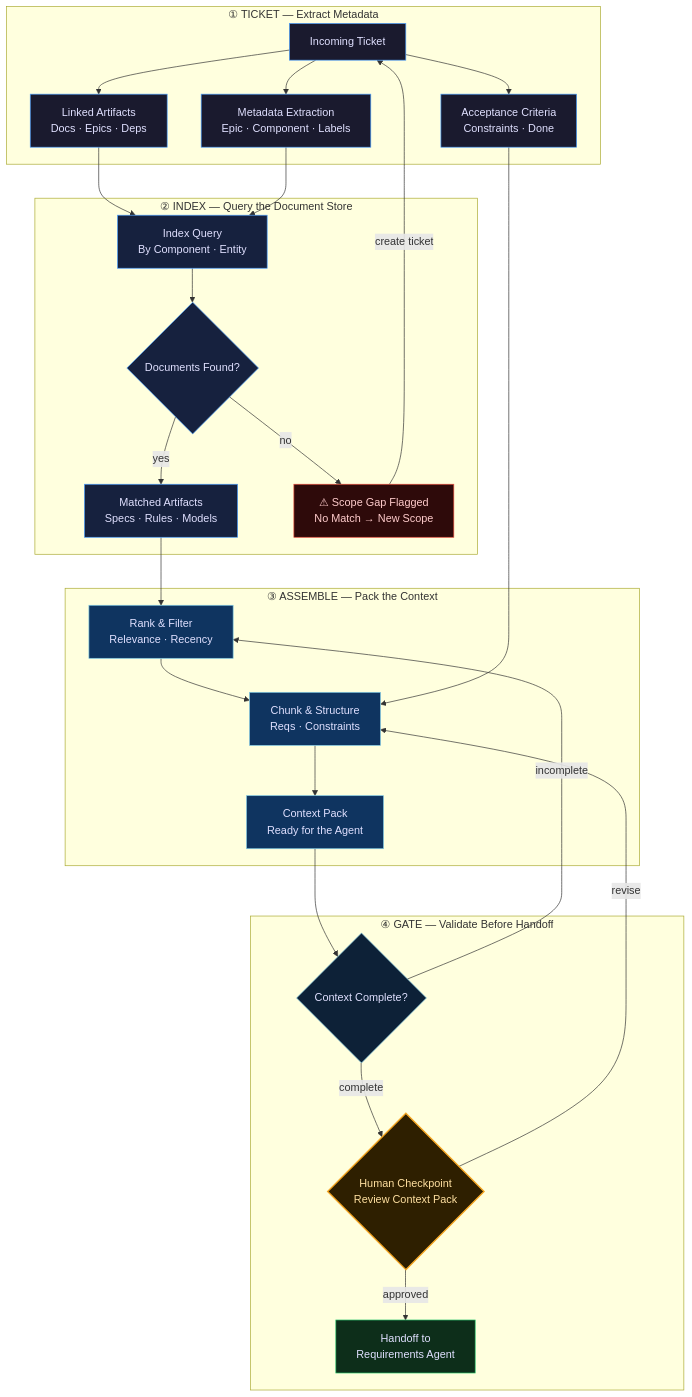
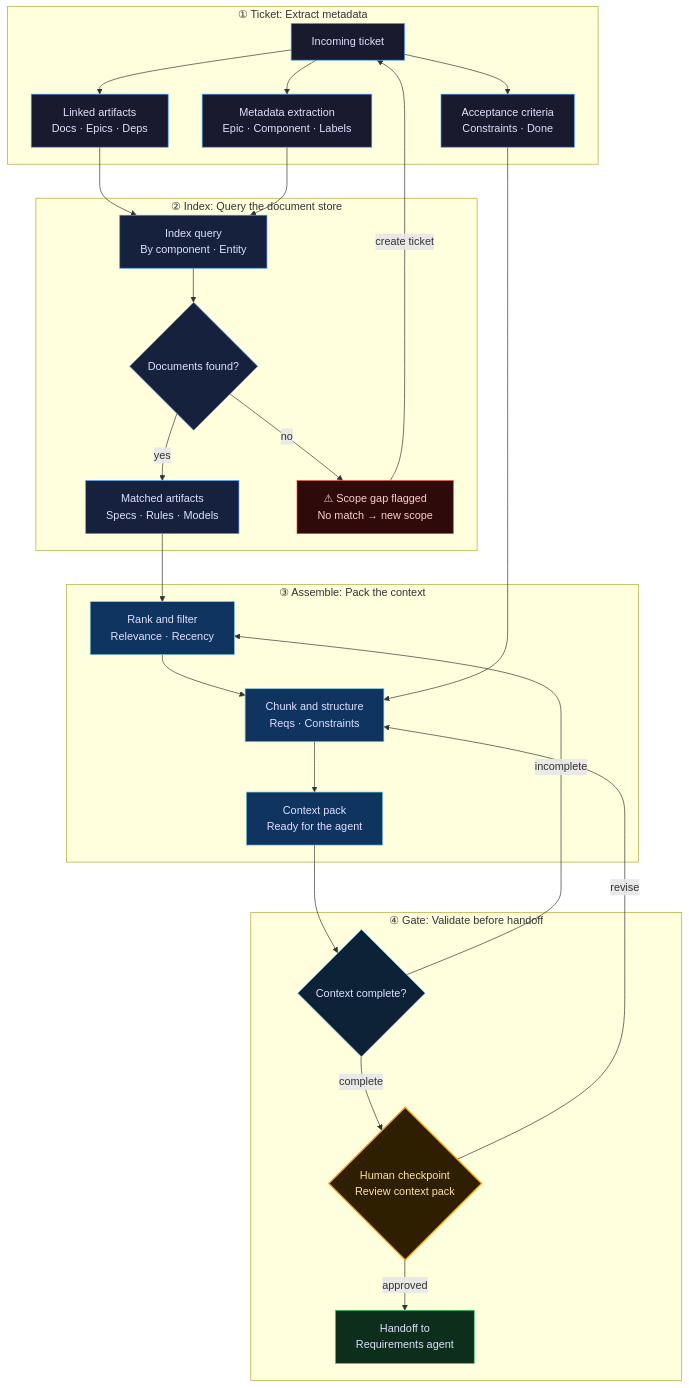
Before and after one commit to bryancalabro/bryancalabro: the ninth of 12 diagrams in README.md, drawn with Mermaid. The commit also changed other lines of this file and 1 other file, not shown here.

First line of the commit message:
Profile: generated diagrams and recent apps, sentence case, no em dashes

````diff
--- a/README.md
+++ b/README.md
@@ -553,60 +566,60 @@
 ```mermaid
 flowchart TD
-    subgraph TICKET["① TICKET — Extract Metadata"]
-        TK[Incoming Ticket]
-        TM["Metadata Extraction<br/>Epic · Component · Labels"]
-        AC["Acceptance Criteria<br/>Constraints · Done"]
-        LK["Linked Artifacts<br/>Docs · Epics · Deps"]
+    subgraph TICKET["① Ticket: Extract metadata"]
+        TK[Incoming ticket]
+        TM["Metadata extraction<br/>Epic · Component · Labels"]
+        AC["Acceptance criteria<br/>Constraints · Done"]
+        LK["Linked artifacts<br/>Docs · Epics · Deps"]
         TK --> TM
         TK --> AC
         TK --> LK
     end
 
-    subgraph INDEX["② INDEX — Query the Document Store"]
-        QRY["Index Query<br/>By Component · Entity"]
-        HIT{Documents Found?}
-        MATCH["Matched Artifacts<br/>Specs · Rules · Models"]
-        FLAG["⚠ Scope Gap Flagged<br/>No Match → New Scope"]
+    subgraph INDEX["② Index: Query the document store"]
+        QRY["Index query<br/>By component · Entity"]
+        HIT{Documents found?}
+        MATCH["Matched artifacts<br/>Specs · Rules · Models"]
+        FLAG["⚠ Scope gap flagged<br/>No match → new scope"]
         LK --> QRY
         TM --> QRY
         QRY --> HIT
         HIT -->|yes| MATCH
         HIT -->|no| FLAG
         FLAG -->|create ticket| TK
     end
 
-    subgraph ASSEMBLE["③ ASSEMBLE — Pack the Context"]
-        RANK["Rank & Filter<br/>Relevance · Recency"]
-        CHUNK["Chunk & Structure<br/>Reqs · Constraints"]
-        CTX["Context Pack<br/>Ready for the Agent"]
+    subgraph ASSEMBLE["③ Assemble: Pack the context"]
+        RANK["Rank and filter<br/>Relevance · Recency"]
+        CHUNK["Chunk and structure<br/>Reqs · Constraints"]
+        CTX["Context pack<br/>Ready for the agent"]
         MATCH --> RANK --> CHUNK --> CTX
         AC --> CHUNK
     end
 
-    subgraph GATE["④ GATE — Validate Before Handoff"]
-        CHK{Context Complete?}
-        HC{"Human Checkpoint<br/>Review Context Pack"}
-        READY["Handoff to<br/>Requirements Agent"]
+    subgraph GATE["④ Gate: Validate before handoff"]
+        CHK{Context complete?}
+        HC{"Human checkpoint<br/>Review context pack"}
+        READY["Handoff to<br/>Requirements agent"]
         CHK -->|incomplete| RANK
         CTX --> CHK
         CHK -->|complete| HC
         HC -->|approved| READY
         HC -->|revise| CHUNK
     end
 
     classDef ticketStyle fill:#1a1a2e,stroke:#4a9eff,color:#e0e0ff
     classDef indexStyle fill:#16213e,stroke:#4a9eff,color:#e0e0ff
     classDef assembleStyle fill:#0f3460,stroke:#7ec8e3,color:#e0e0ff
     classDef gateStyle fill:#0d2137,stroke:#7ec8e3,color:#e0e0ff
     classDef flagStyle fill:#2e0a0a,stroke:#e74c3c,color:#ffcccc
     classDef humanStyle fill:#2e1f00,stroke:#f5a623,color:#ffe0a0,stroke-width:2px
     classDef readyStyle fill:#0d2e1a,stroke:#2ecc71,color:#e0e0ff
 
     class TK,TM,AC,LK ticketStyle
     class QRY,HIT,MATCH indexStyle
     class RANK,CHUNK,CTX assembleStyle
     class CHK gateStyle
     class FLAG flagStyle
     class HC humanStyle
     class READY readyStyle
 ```
````
